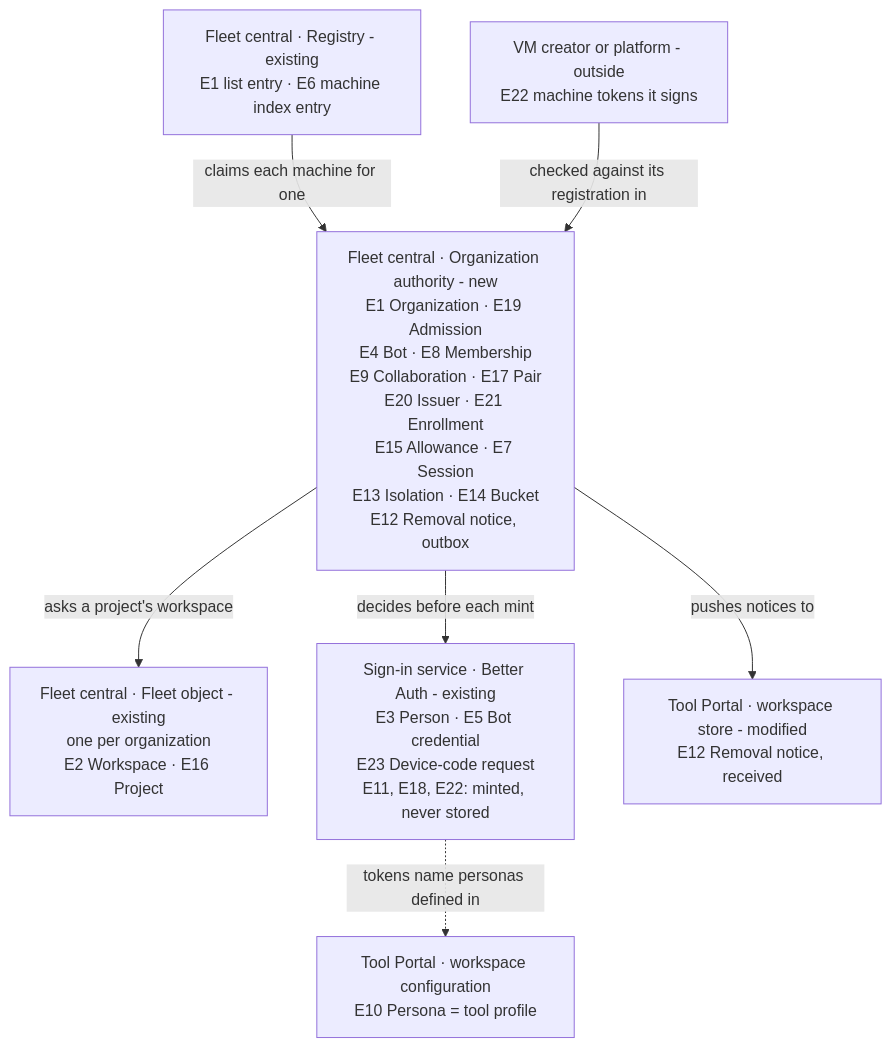
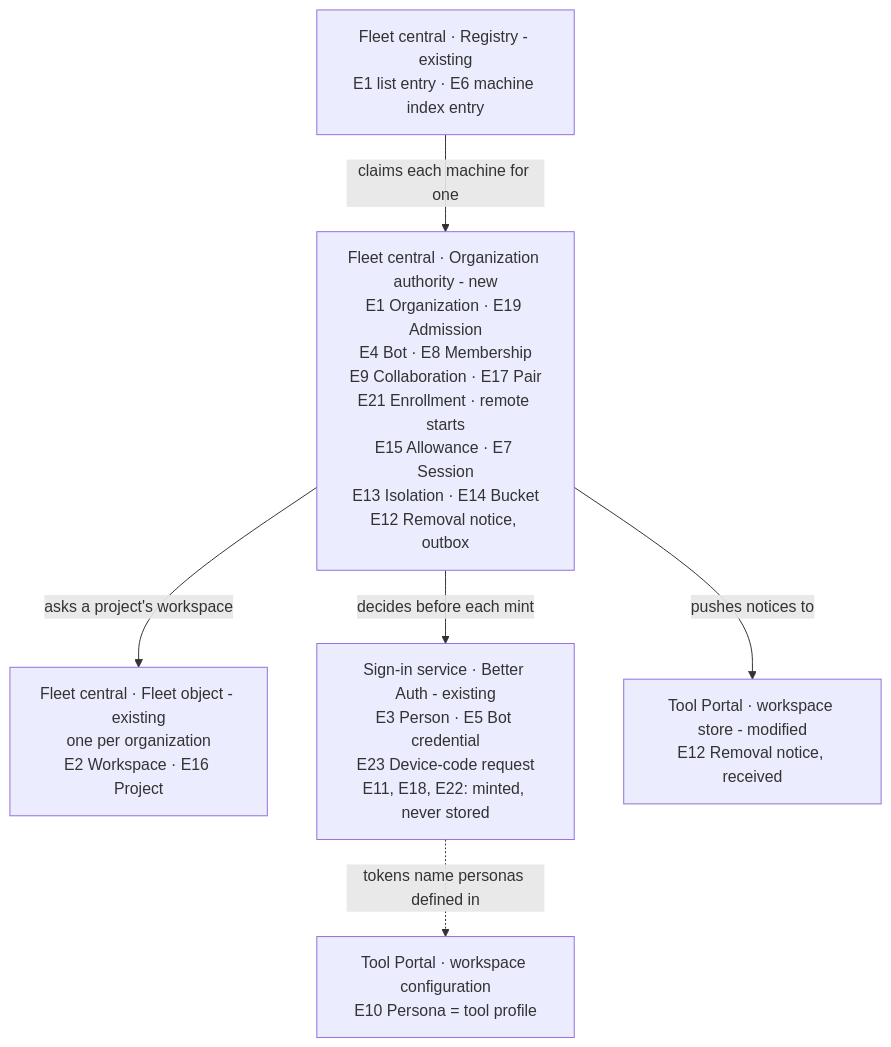
Before and after one commit to ShravanSunder/agent-vm: the second of 10 diagrams in docs/specs/2026-10-24-agent-identity/program-design.md, drawn with Mermaid. The commit also changed other lines of this file and 5 other files, not shown here.

````diff
--- a/docs/specs/2026-10-24-agent-identity/program-design.md
+++ b/docs/specs/2026-10-24-agent-identity/program-design.md
@@ -90,16 +88,14 @@
 ```mermaid
 flowchart TB
   REG["Fleet central · Registry - existing<br/>E1 list entry · E6 machine index entry"]
-  OA["Fleet central · Organization authority - new<br/>E1 Organization · E19 Admission<br/>E4 Bot · E8 Membership<br/>E9 Collaboration · E17 Pair<br/>E20 Issuer · E21 Enrollment<br/>E15 Allowance · E7 Session<br/>E13 Isolation · E14 Bucket<br/>E12 Removal notice, outbox"]
+  OA["Fleet central · Organization authority - new<br/>E1 Organization · E19 Admission<br/>E4 Bot · E8 Membership<br/>E9 Collaboration · E17 Pair<br/>E21 Enrollment · remote starts<br/>E15 Allowance · E7 Session<br/>E13 Isolation · E14 Bucket<br/>E12 Removal notice, outbox"]
   FO["Fleet central · Fleet object - existing<br/>one per organization<br/>E2 Workspace · E16 Project"]
   BA["Sign-in service · Better Auth - existing<br/>E3 Person · E5 Bot credential<br/>E23 Device-code request<br/>E11, E18, E22: minted, never stored"]
-  VMI["VM creator or platform - outside<br/>E22 machine tokens it signs"]
   WS["Tool Portal · workspace store - modified<br/>E12 Removal notice, received"]
   CFG["Tool Portal · workspace configuration<br/>E10 Persona = tool profile"]
   REG -- "claims each machine for one" --> OA
   OA -- "asks a project's workspace" --> FO
   OA -- "decides before each mint" --> BA
-  VMI -- "checked against its registration in" --> OA
   OA -- "pushes notices to" --> WS
   BA -. "tokens name personas defined in" .-> CFG
 ```
````
